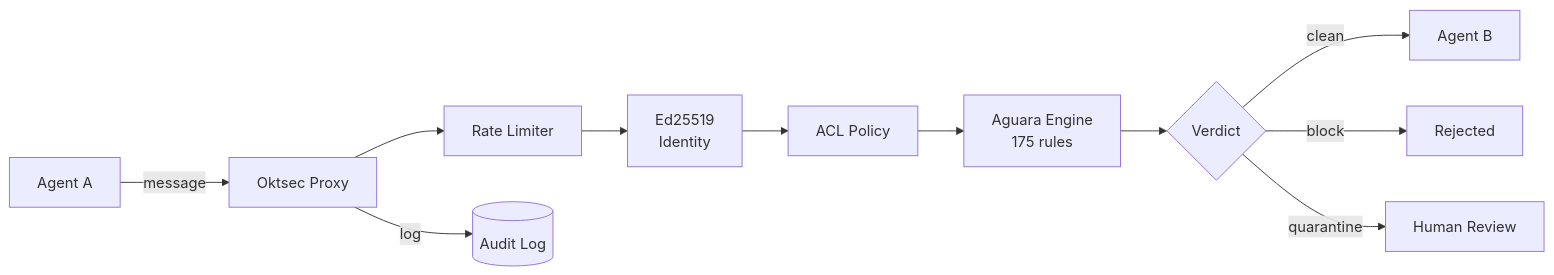
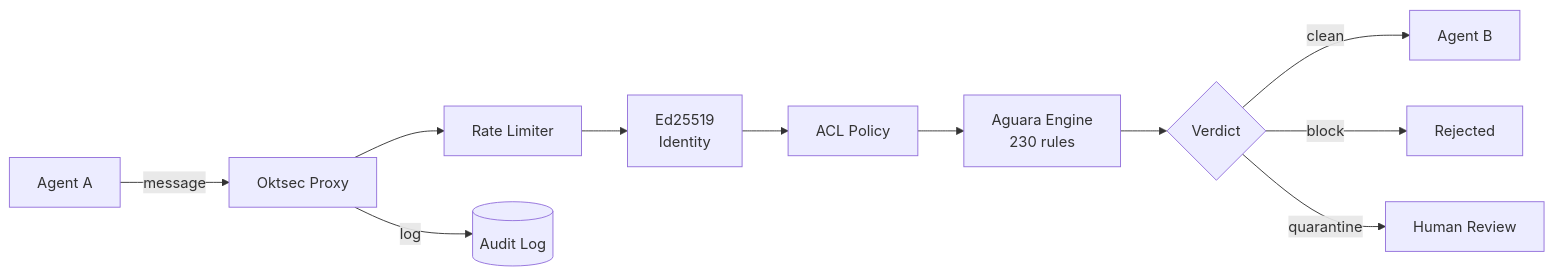
One commit to oktsec/oktsec changed the diagram in documentation/index.md. Above: the diagram before and after it, drawn with Mermaid. The commit also changed other lines of this file and 21 other files, not shown here.

````diff
--- a/documentation/index.md
+++ b/documentation/index.md
@@ -47,13 +47,13 @@
 ```mermaid
 flowchart LR
     A[Agent A] -->|message| P[Oktsec Proxy]
     P --> R1[Rate Limiter]
     R1 --> R2[Ed25519<br>Identity]
     R2 --> R3[ACL Policy]
-    R3 --> R4[Aguara Engine<br>175 rules]
+    R3 --> R4[Aguara Engine<br>230 rules]
     R4 --> V{Verdict}
     V -->|clean| B[Agent B]
     V -->|block| X[Rejected]
     V -->|quarantine| Q[Human Review]
     P -->|log| L[(Audit Log)]
 ```
````
